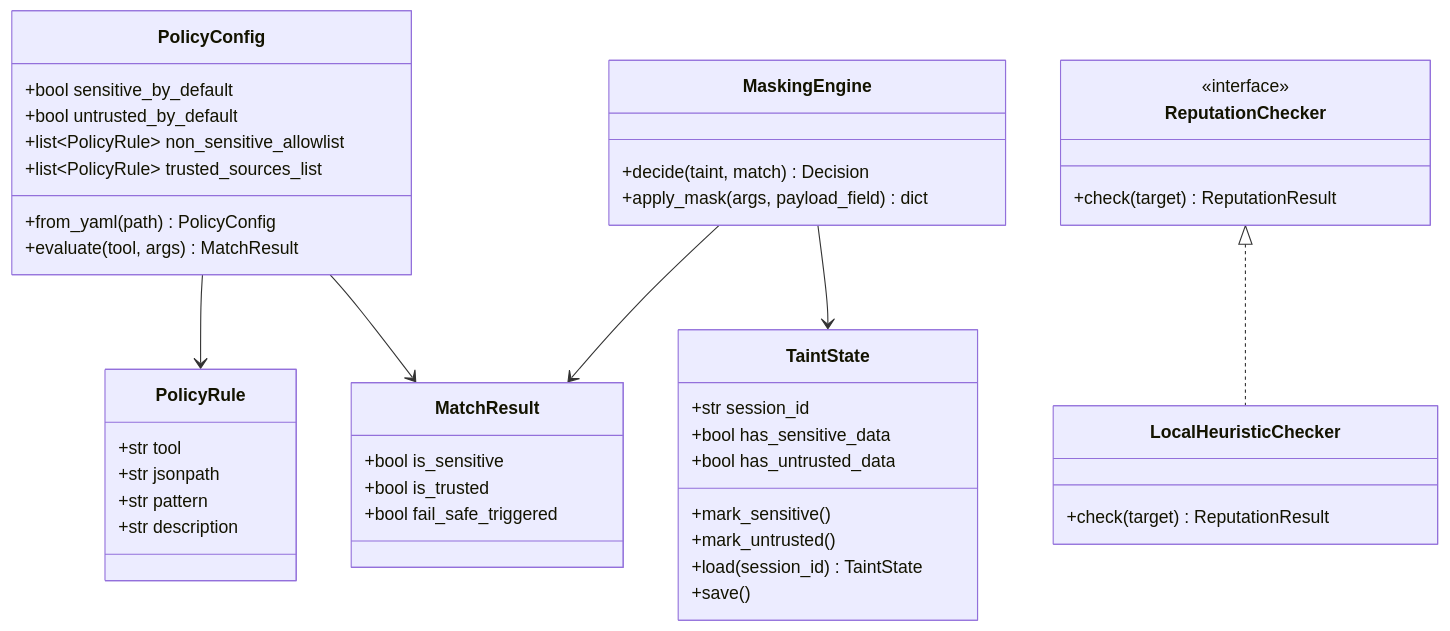
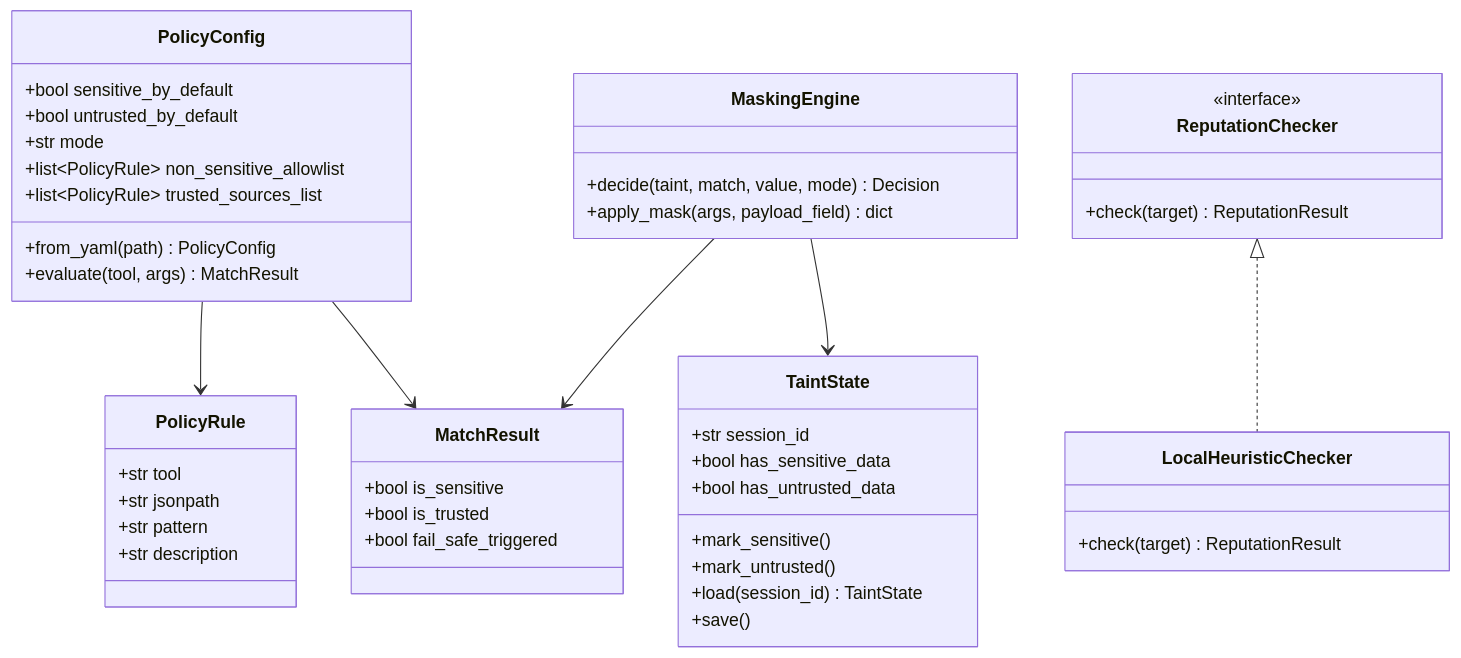
The second of 4 diagrams in docs/ARCHITECTURE.md (drusifer/Scalene), drawn with Mermaid before and after one commit. The commit also changed other lines of this file and 49 other files, not shown here.

````diff
--- a/docs/ARCHITECTURE.md
+++ b/docs/ARCHITECTURE.md
@@ -42,47 +42,48 @@
 ```mermaid
 classDiagram
     class TaintState {
         +str session_id
         +bool has_sensitive_data
         +bool has_untrusted_data
         +mark_sensitive()
         +mark_untrusted()
         +load(session_id) TaintState
         +save()
     }
     class PolicyRule {
         +str tool
         +str jsonpath
         +str pattern
         +str description
     }
     class PolicyConfig {
         +bool sensitive_by_default
         +bool untrusted_by_default
+        +str mode
         +list~PolicyRule~ non_sensitive_allowlist
         +list~PolicyRule~ trusted_sources_list
         +from_yaml(path) PolicyConfig
         +evaluate(tool, args) MatchResult
     }
     class MatchResult {
         +bool is_sensitive
         +bool is_trusted
         +bool fail_safe_triggered
     }
     class MaskingEngine {
-        +decide(taint, match) Decision
+        +decide(taint, match, value, mode) Decision
         +apply_mask(args, payload_field) dict
     }
     class ReputationChecker {
         <<interface>>
         +check(target) ReputationResult
     }
     class LocalHeuristicChecker {
         +check(target) ReputationResult
     }
     ReputationChecker <|.. LocalHeuristicChecker
     PolicyConfig --> PolicyRule
     PolicyConfig --> MatchResult
     MaskingEngine --> MatchResult
     MaskingEngine --> TaintState
 ```
````
